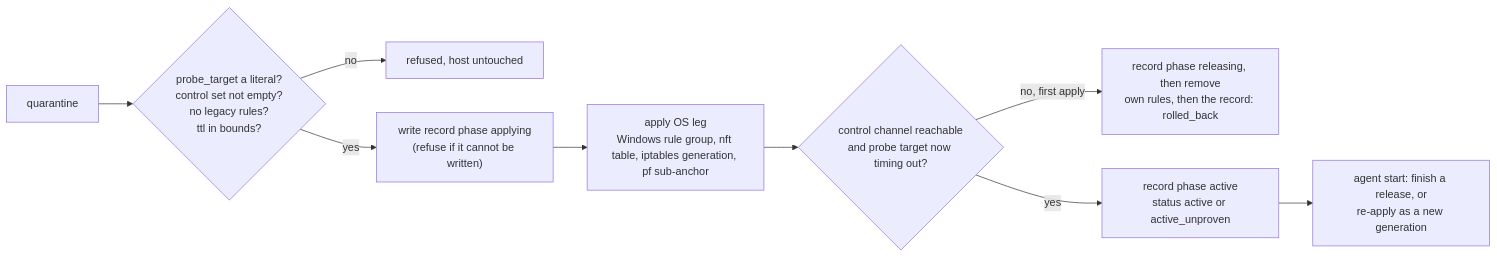
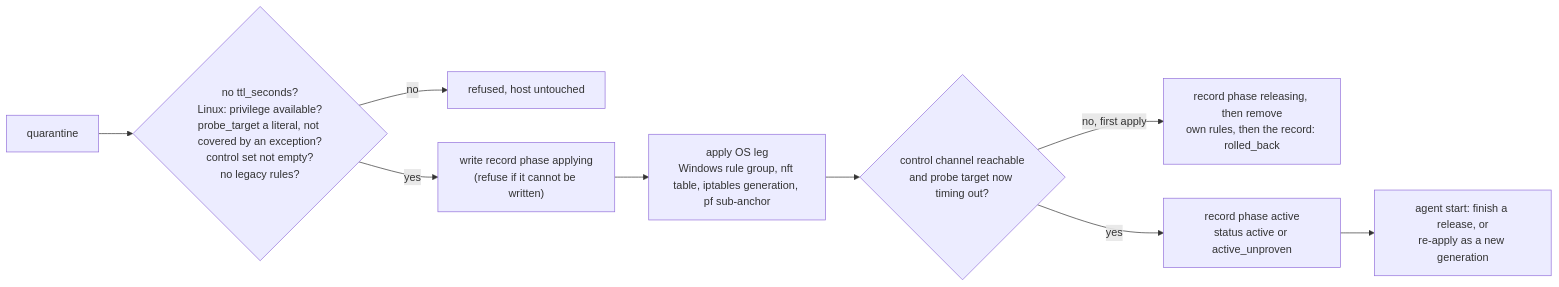
One commit to DevNullLtd/Yuzu changed the second of 4 diagrams in agents/plugins/firewall/README.md. Above: the diagram before and after it, drawn with Mermaid. The commit also changed other lines of this file and 23 other files, not shown here.

````diff
--- a/agents/plugins/firewall/README.md
+++ b/agents/plugins/firewall/README.md
@@ -60,11 +60,11 @@
 ```mermaid
 flowchart LR
-  Q["quarantine"] --> V{"probe_target a literal?<br/>control set not empty?<br/>no legacy rules?<br/>ttl in bounds?"}
+  Q["quarantine"] --> V{"no ttl_seconds?<br/>Linux: privilege available?<br/>probe_target a literal, not covered by an exception?<br/>control set not empty?<br/>no legacy rules?"}
   V -- "no" --> R["refused, host untouched"]
   V -- "yes" --> REC["write record phase applying<br/>(refuse if it cannot be written)"]
   REC --> AP["apply OS leg<br/>Windows rule group, nft table, iptables generation, pf sub-anchor"]
   AP --> VF{"control channel reachable<br/>and probe target now timing out?"}
   VF -- "no, first apply" --> RB["record phase releasing, then remove<br/>own rules, then the record: rolled_back"]
   VF -- "yes" --> ACT["record phase active<br/>status active or active_unproven"]
   ACT --> INIT["agent start: finish a release, or<br/>re-apply as a new generation"]
 ```
````
